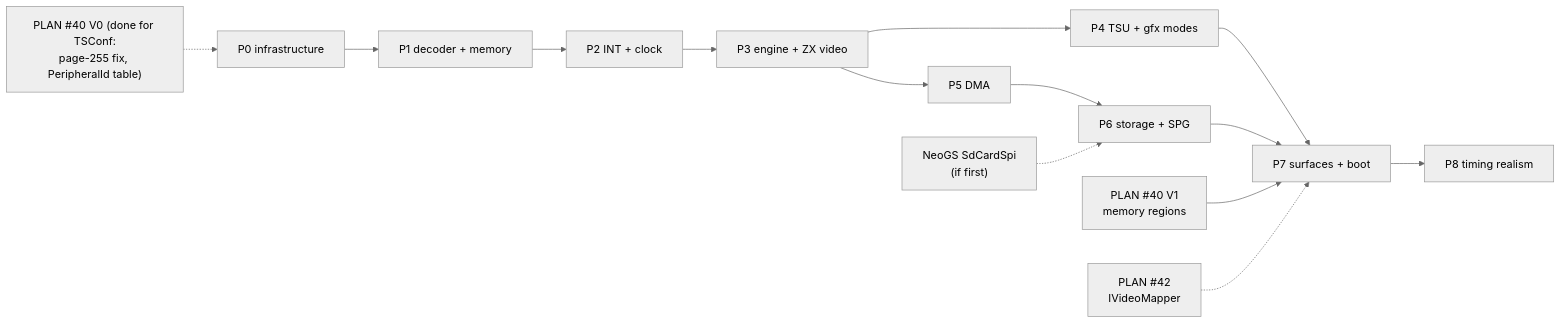
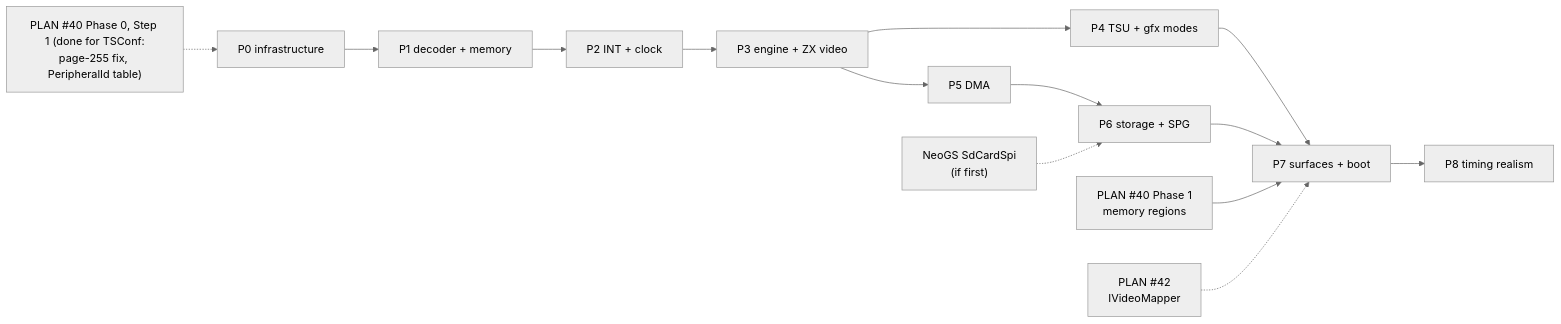
One commit to alfishe/unreal-ng changed the diagram in docs/inprogress/2026-09-27-tsconf/implementation-plan.md. Above: the diagram before and after it, drawn with Mermaid (neutral theme). The commit also changed other lines of this file and 49 other files, not shown here.

First line of the commit message:
docs(ttd): v2 migration roadmap by phases and steps; Phase 1 technical design (PLAN #40)

````diff
--- a/docs/inprogress/2026-09-27-tsconf/implementation-plan.md
+++ b/docs/inprogress/2026-09-27-tsconf/implementation-plan.md
@@ -28,16 +28,16 @@
 ```mermaid
 flowchart LR
-    V0["PLAN #40 V0 (done for TSConf:<br/>page-255 fix, PeripheralId table)"] -.-> P0
+    V0["PLAN #40 Phase 0, Step 1 (done for TSConf:<br/>page-255 fix, PeripheralId table)"] -.-> P0
     P0["P0 infrastructure"] --> P1["P1 decoder + memory"]
     P1 --> P2["P2 INT + clock"]
     P2 --> P3["P3 engine + ZX video"]
     P3 --> P4["P4 TSU + gfx modes"]
     P3 --> P5["P5 DMA"]
     P4 --> P7
     P5 --> P6["P6 storage + SPG"]
     P6 --> P7["P7 surfaces + boot"]
     P7 --> P8["P8 timing realism"]
-    V1["PLAN #40 V1<br/>memory regions"] --> P7
+    V1["PLAN #40 Phase 1<br/>memory regions"] --> P7
     M42["PLAN #42<br/>IVideoMapper"] -.-> P7
     NGS["NeoGS SdCardSpi<br/>(if first)"] -.-> P6
 ```
````
